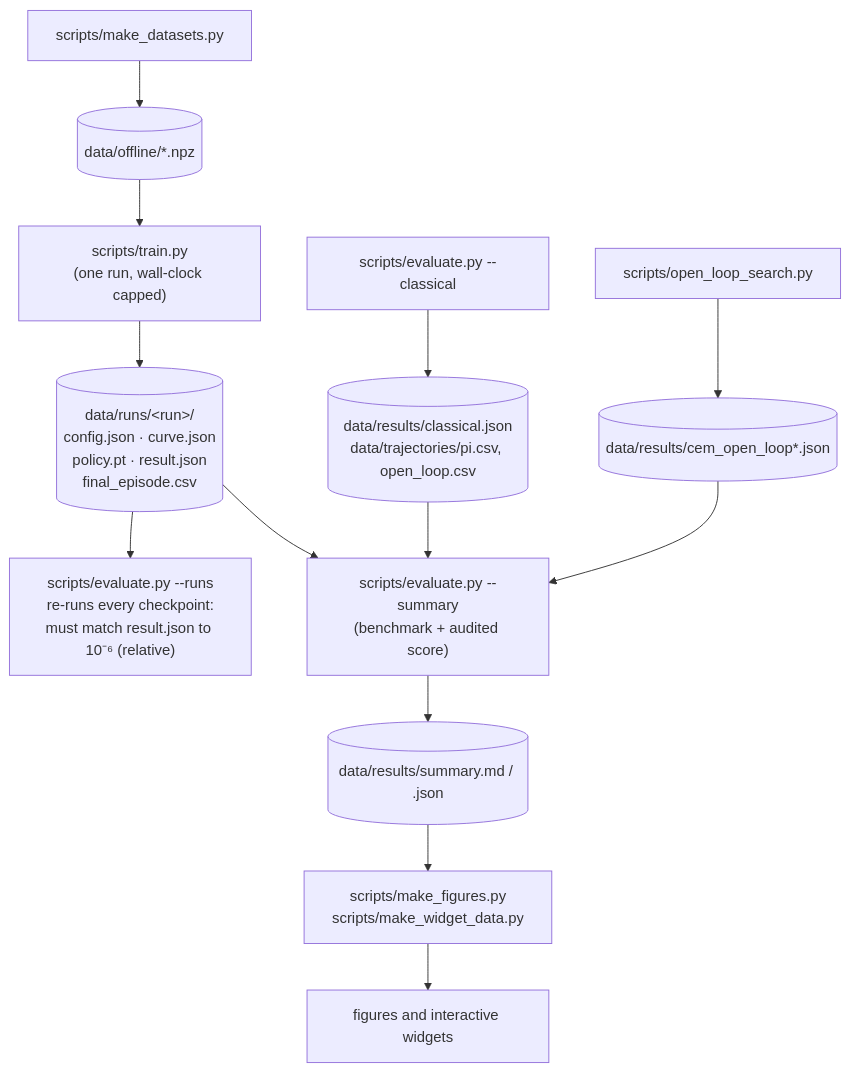
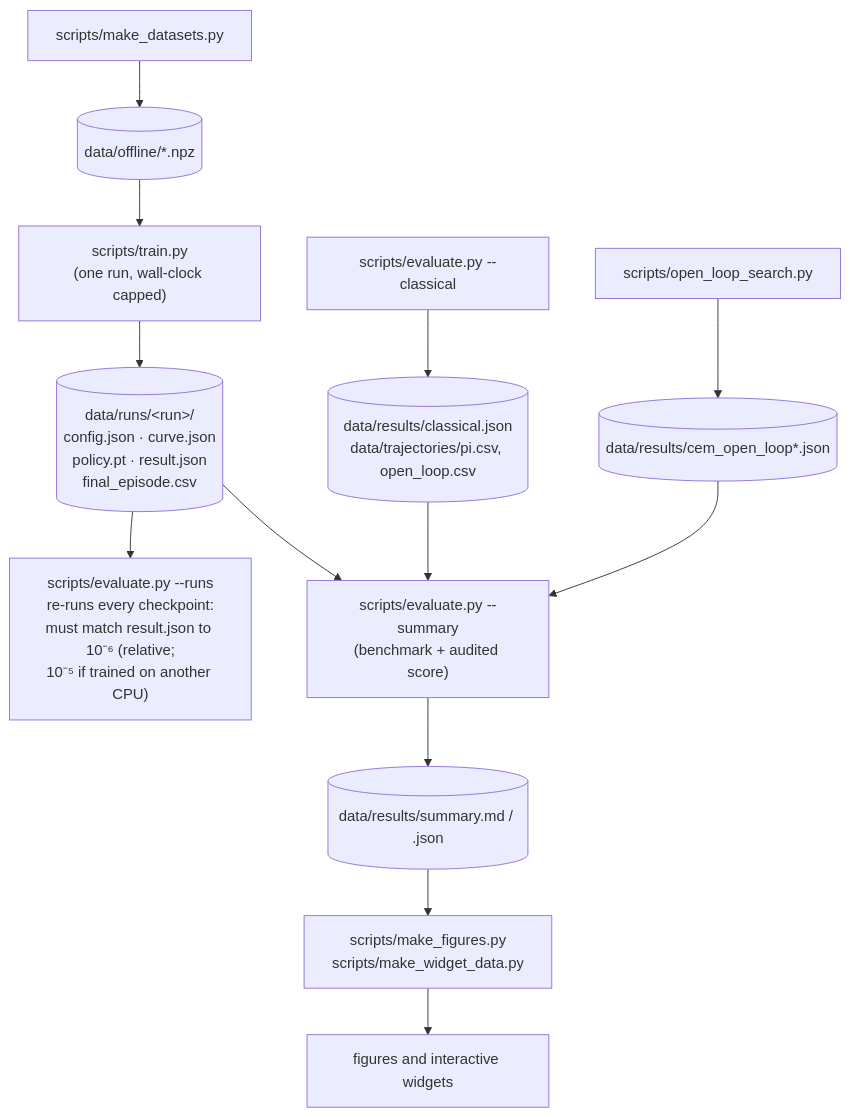
The fourth of 4 diagrams in docs/04-designs.md (leandergrech/rl-tokamak-rampup), drawn with Mermaid before and after one commit. The commit also changed other lines of this file and 55 other files, not shown here.

````diff
--- a/docs/04-designs.md
+++ b/docs/04-designs.md
@@ -296,13 +296,13 @@
 ```mermaid
 flowchart TB
     T["scripts/train.py<br/>(one run, wall-clock capped)"] --> RD[("data/runs/&lt;run&gt;/<br/>config.json · curve.json<br/>policy.pt · result.json<br/>final_episode.csv")]
     C["scripts/evaluate.py --classical"] --> CJ[("data/results/classical.json<br/>data/trajectories/pi.csv, open_loop.csv")]
     D["scripts/make_datasets.py"] --> OD[("data/offline/*.npz")] --> T
     CEM["scripts/open_loop_search.py"] --> CR[("data/results/cem_open_loop*.json")]
-    RD --> RE["scripts/evaluate.py --runs<br/>re-runs every checkpoint:<br/>must match result.json to 10⁻⁶ (relative)"]
+    RD --> RE["scripts/evaluate.py --runs<br/>re-runs every checkpoint:<br/>must match result.json to 10⁻⁶ (relative;<br/>10⁻⁵ if trained on another CPU)"]
     RD --> S["scripts/evaluate.py --summary<br/>(benchmark + audited score)"]
     CJ --> S
     CR --> S
     S --> SM[("data/results/summary.md / .json")]
     SM --> F["scripts/make_figures.py<br/>scripts/make_widget_data.py"] --> DOCS["figures and interactive widgets"]
 ```
````
